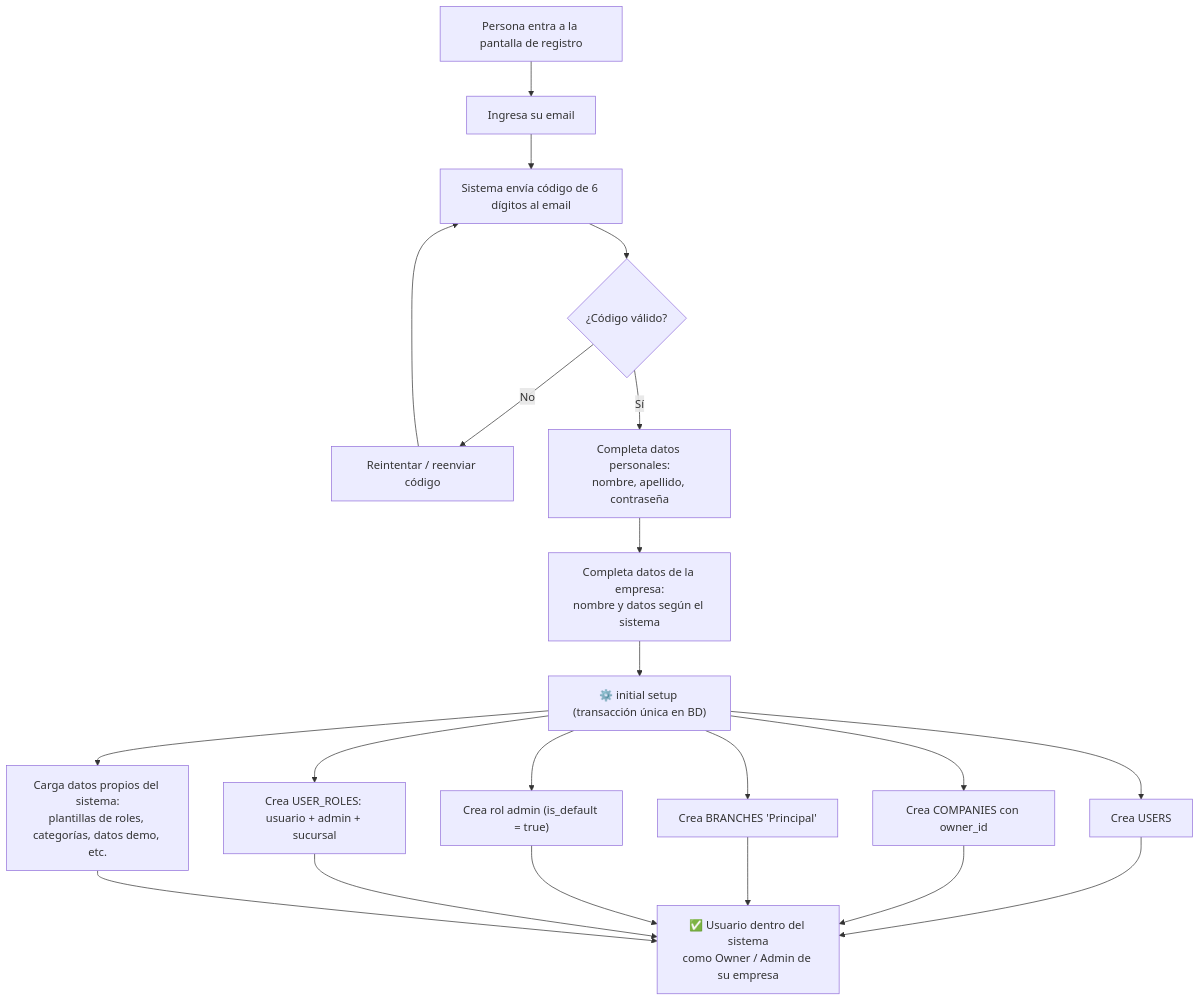
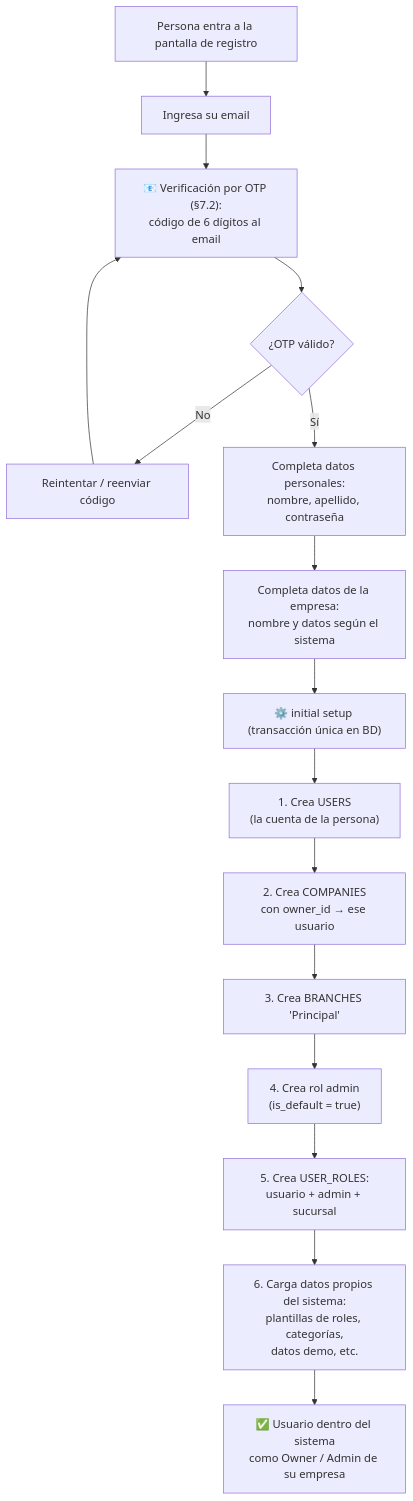
The sixth of 13 diagrams in database-guidelines.md (Franco98404/database-guidelines), drawn with Mermaid before and after one commit. The commit also changed other lines of this file, not shown here.

First line of the commit message:
Versión 1.2.0: índice, flujos unificados, contexto activo con rol y trazabilidad

````diff
--- a/database-guidelines.md
+++ b/database-guidelines.md
@@ -302,17 +398,17 @@
 ```mermaid
 flowchart TD
     A["Persona entra a la pantalla de registro"] --> B["Ingresa su email"]
-    B --> C["Sistema envía código de 6 dígitos al email"]
-    C --> D{"¿Código válido?"}
+    B --> C["📧 Verificación por OTP (§7.2):<br/>código de 6 dígitos al email"]
+    C --> D{"¿OTP válido?"}
     D -- No --> C2["Reintentar / reenviar código"] --> C
     D -- Sí --> E["Completa datos personales:<br/>nombre, apellido, contraseña"]
     E --> F["Completa datos de la empresa:<br/>nombre y datos según el sistema"]
     F --> G["⚙️ initial setup (transacción única en BD)"]
-    G --> G1["Crea USERS"]
-    G --> G2["Crea COMPANIES con owner_id"]
-    G --> G3["Crea BRANCHES 'Principal'"]
-    G --> G4["Crea rol admin (is_default = true)"]
-    G --> G5["Crea USER_ROLES: usuario + admin + sucursal"]
-    G --> G6["Carga datos propios del sistema:<br/>plantillas de roles, categorías, datos demo, etc."]
-    G1 & G2 & G3 & G4 & G5 & G6 --> H["✅ Usuario dentro del sistema<br/>como Owner / Admin de su empresa"]
+    G --> G1["1. Crea USERS<br/>(la cuenta de la persona)"]
+    G1 --> G2["2. Crea COMPANIES<br/>con owner_id → ese usuario"]
+    G2 --> G3["3. Crea BRANCHES 'Principal'"]
+    G3 --> G4["4. Crea rol admin<br/>(is_default = true)"]
+    G4 --> G5["5. Crea USER_ROLES:<br/>usuario + admin + sucursal"]
+    G5 --> G6["6. Carga datos propios del sistema:<br/>plantillas de roles, categorías,<br/>datos demo, etc."]
+    G6 --> H["✅ Usuario dentro del sistema<br/>como Owner / Admin de su empresa"]
 ```
````
